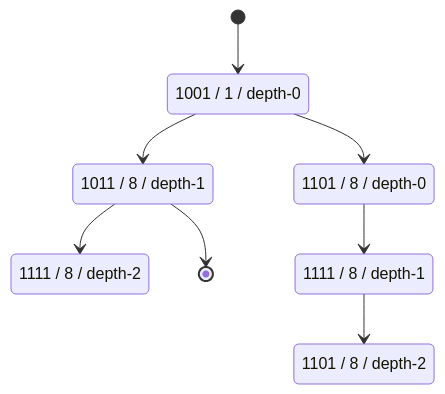
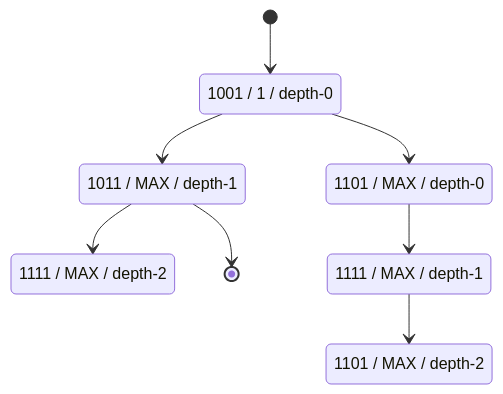
Before and after one commit to geobeau/trie: the second of 3 diagrams in README.md, drawn with Mermaid. The commit also changed other lines of this file, not shown here.

````diff
--- a/README.md
+++ b/README.md
@@ -23,21 +53,20 @@
 ```mermaid
 stateDiagram-v2
     node1: 1001 / 1 / depth-0
 
-    node2: 1011 / 8 / depth-1
-    node3: 1111 / 8 / depth-2
+    node2: 1011 / MAX / depth-1
+    node3: 1111 / MAX / depth-2
 
-    node4: 1101 / 8 / depth-0
-    node5: 1111 / 8 / depth-1
-    node6: 1101 / 8 / depth-2
+    node4: 1101 / MAX / depth-0
+    node5: 1111 / MAX / depth-1
+    node6: 1101 / MAX / depth-2
     [*] --> node1
 
     node1 --> node2
     node1 --> node4
 
     node2 --> node3
     node2 --> [*]
     node4 --> node5
     node5 --> node6
-
 ```
````
